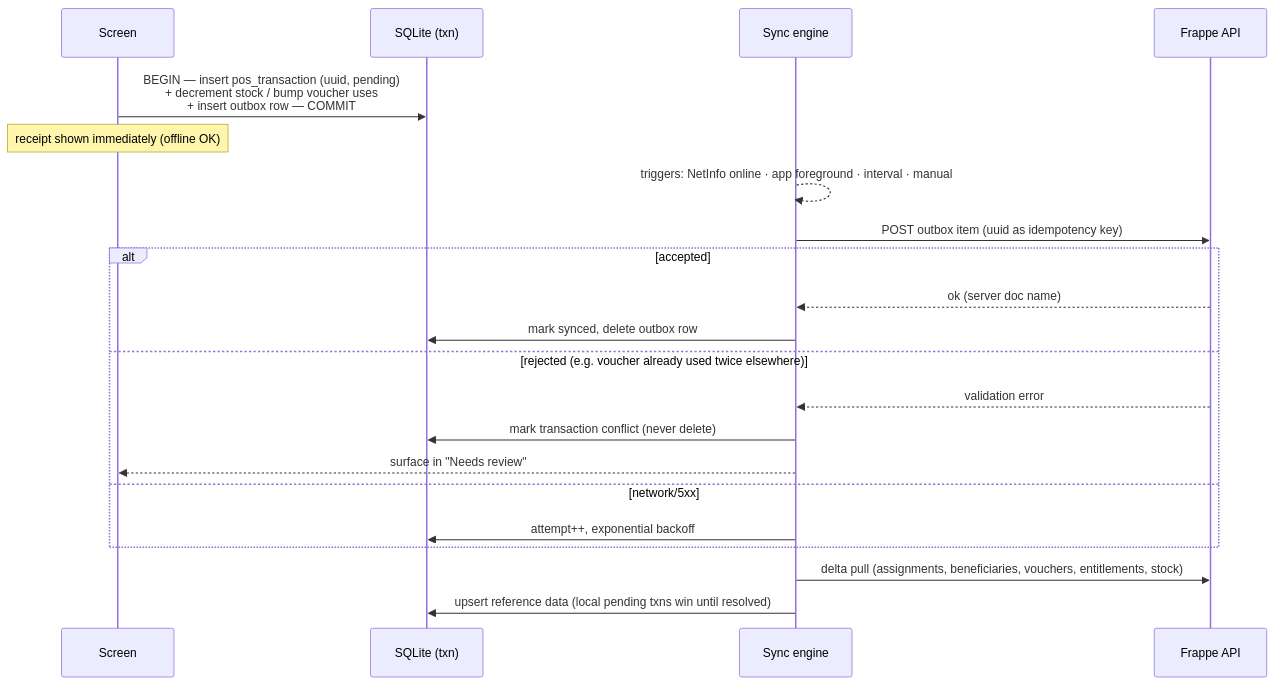
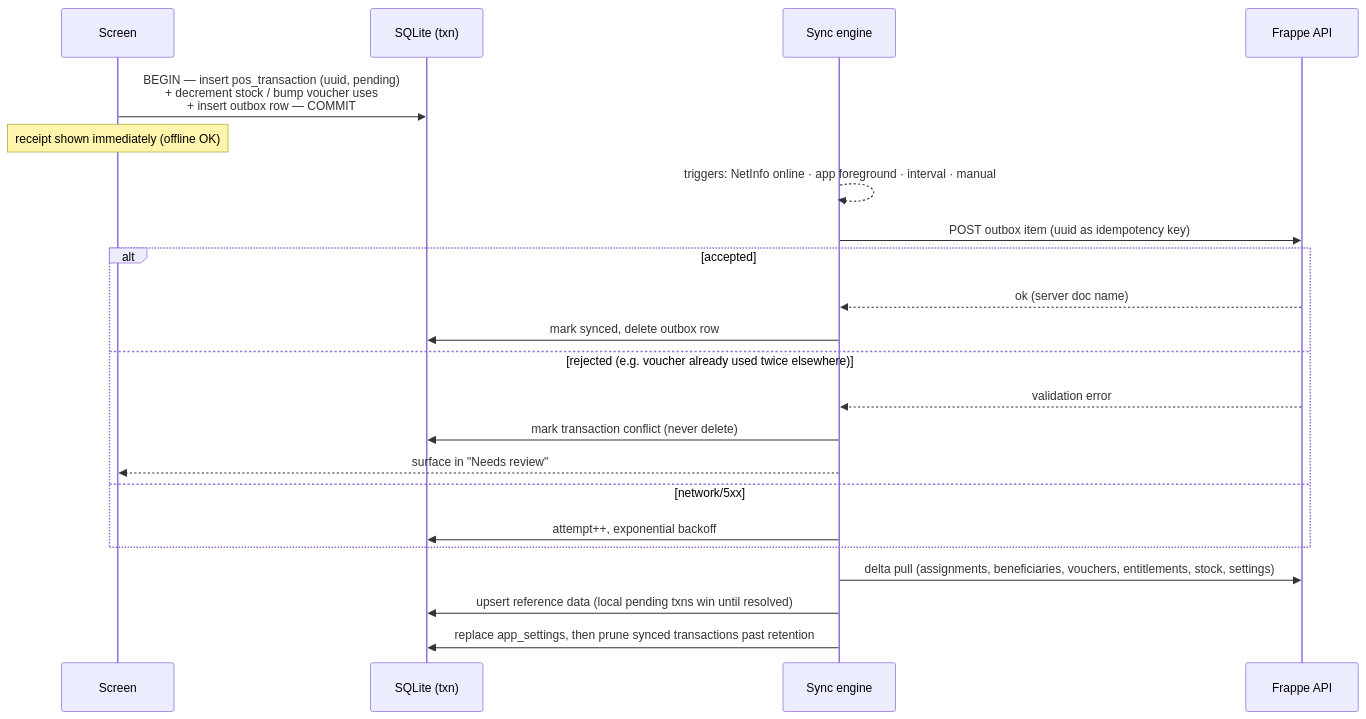
One commit to navariltd/nppos_mobile changed the third of 3 diagrams in docs/ARCHITECTURE.md. Above: the diagram before and after it, drawn with Mermaid. The commit also changed other lines of this file and 5 other files, not shown here.

````diff
--- a/docs/ARCHITECTURE.md
+++ b/docs/ARCHITECTURE.md
@@ -109,24 +110,25 @@
 ```mermaid
 sequenceDiagram
     participant UI as Screen
     participant DB as SQLite (txn)
     participant SE as Sync engine
     participant BE as Frappe API
 
     UI->>DB: BEGIN — insert pos_transaction (uuid, pending)<br/>+ decrement stock / bump voucher uses<br/>+ insert outbox row — COMMIT
     Note over UI: receipt shown immediately (offline OK)
     SE-->>SE: triggers: NetInfo online · app foreground · interval · manual
     SE->>BE: POST outbox item (uuid as idempotency key)
     alt accepted
         BE-->>SE: ok (server doc name)
         SE->>DB: mark synced, delete outbox row
     else rejected (e.g. voucher already used twice elsewhere)
         BE-->>SE: validation error
         SE->>DB: mark transaction conflict (never delete)
         SE-->>UI: surface in "Needs review"
     else network/5xx
         SE->>DB: attempt++, exponential backoff
     end
-    SE->>BE: delta pull (assignments, beneficiaries, vouchers, entitlements, stock)
+    SE->>BE: delta pull (assignments, beneficiaries, vouchers, entitlements, stock, settings)
     SE->>DB: upsert reference data (local pending txns win until resolved)
+    SE->>DB: replace app_settings, then prune synced transactions past retention
 ```
````
